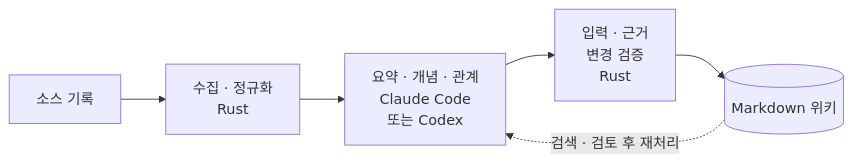
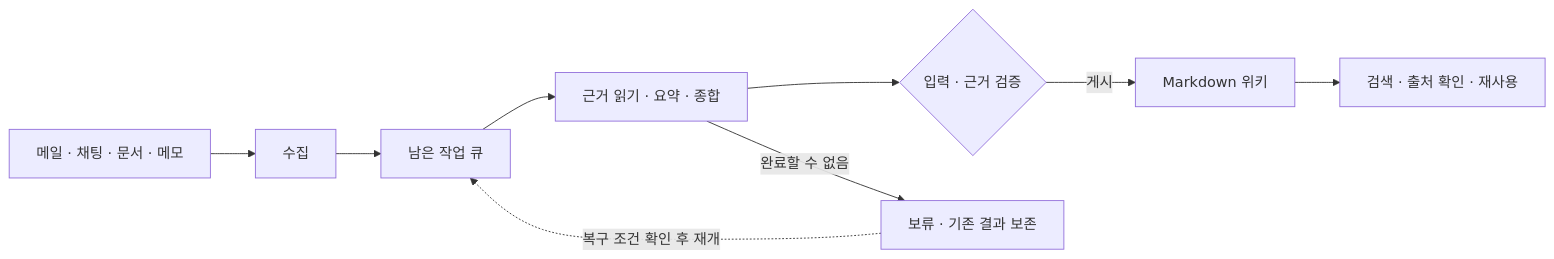
The diagram in README.md (junyeong-ai/lorekeeper), drawn with Mermaid before and after one commit. The commit also changed other lines of this file and 1 other file, not shown here.

````diff
--- a/README.md
+++ b/README.md
@@ -31,8 +17,11 @@
 ```mermaid
 flowchart LR
-    S["소스 기록"] --> C["수집 · 정규화<br/>Rust"]
-    C --> A["요약 · 개념 · 관계<br/>Claude Code<br/>또는 Codex"]
-    A --> G["입력 · 근거<br/>변경 검증<br/>Rust"]
-    G --> W[("Markdown 위키")]
-    W -. "검색 · 검토 후 재처리" .-> A
+    S["메일 · 채팅 · 문서 · 메모"] --> I["수집"]
+    I --> Q["남은 작업 큐"]
+    Q --> A["근거 읽기 · 요약 · 종합"]
+    A --> V{"입력 · 근거 검증"}
+    V -->|게시| W["Markdown 위키"]
+    A -->|완료할 수 없음| H["보류 · 기존 결과 보존"]
+    H -. "복구 조건 확인 후 재개" .-> Q
+    W --> U["검색 · 출처 확인 · 재사용"]
 ```
````
